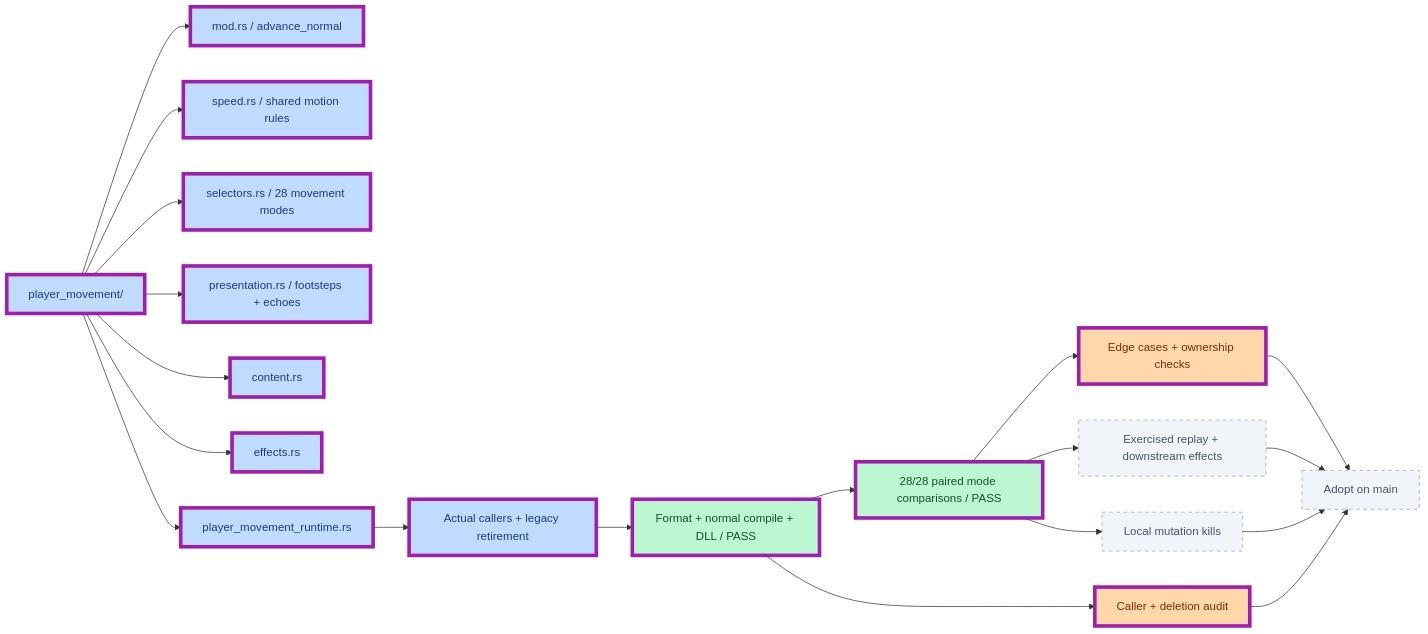
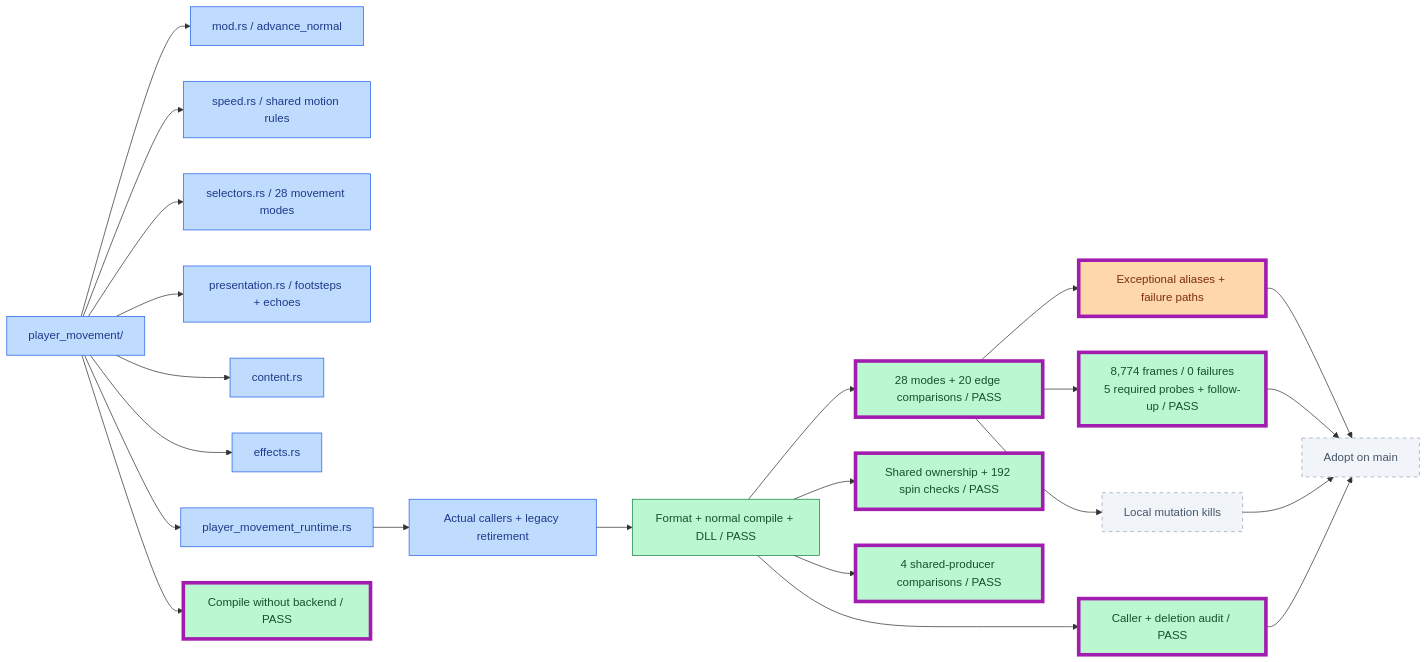
Before and after one commit to JimLundin/sm-decomp: the second of 26 diagrams in PROGRESS.md, drawn with Mermaid. The commit also changed other lines of this file and 1 other file, not shown here.

Commit message:
Color completed movement checks and show remaining adoption work
Checked private1bd54ec3 passes48 paired movement cases,4 shared producer comparisons,192 independent owned spin boundaries, collision36/37, and8774 replay frames with0 failures and five required probes plus120-frame tail. Normal, DLL and separately detached compilation pass. Draft only: mutation and finite exceptional-case checks remain before adoption.

Verify: document markup and Mermaid references PASS;52 exact capture pairs and preserved source/DLL hashes rechecked; progress counters unchanged at150919 Rust lines. Documentation only; no additional replay needed. No CI observation.

````diff
--- a/PROGRESS.md
+++ b/PROGRESS.md
@@ -26,28 +26,31 @@
 ```mermaid
 flowchart LR
     MOVE["player_movement/"]:::draft
     MOVE --> API["mod.rs / advance_normal"]:::draft
     MOVE --> SPEED["speed.rs / shared motion rules"]:::draft
     MOVE --> MODES["selectors.rs / 28 movement modes"]:::draft
     MOVE --> FX["presentation.rs / footsteps + echoes"]:::draft
     MOVE --> DATA["content.rs"]:::draft
     MOVE --> EFFECT["effects.rs"]:::draft
     MOVE --> HOST["player_movement_runtime.rs"]:::draft
     HOST --> CALL["Actual callers + legacy retirement"]:::draft
     CALL --> BUILD["Format + normal compile + DLL / PASS"]:::done
-    BUILD --> MODES28["28/28 paired mode comparisons / PASS"]:::done
-    MODES28 --> EDGE["Edge cases + ownership checks"]:::active
-    BUILD --> AUDIT["Caller + deletion audit"]:::active
-    MODES28 --> REPLAY["Exercised replay + downstream effects"]:::pending
+    BUILD --> MODES28["28 modes + 20 edge comparisons / PASS"]:::done
+    BUILD --> OWN["Shared ownership + 192 spin checks / PASS"]:::done
+    BUILD --> SHARED["4 shared-producer comparisons / PASS"]:::done
+    MOVE --> DETACHED["Compile without backend / PASS"]:::done
+    MODES28 --> EDGE["Exceptional aliases + failure paths"]:::active
+    BUILD --> AUDIT["Caller + deletion audit / PASS"]:::done
+    MODES28 --> REPLAY["8,774 frames / 0 failures<br/>5 required probes + follow-up / PASS"]:::done
     MODES28 --> MUT["Local mutation kills"]:::pending
     EDGE --> ADOPT["Adopt on main"]:::pending
     AUDIT --> ADOPT
     REPLAY --> ADOPT
     MUT --> ADOPT
-    class MOVE,API,SPEED,MODES,FX,DATA,EFFECT,HOST,CALL,BUILD,MODES28,EDGE,AUDIT changed
+    class MODES28,OWN,SHARED,DETACHED,EDGE,AUDIT,REPLAY changed
     classDef done fill:#bbf7d0,stroke:#15803d,color:#14532d
     classDef draft fill:#bfdbfe,stroke:#2563eb,color:#1e3a8a
     classDef active fill:#fed7aa,stroke:#ea580c,color:#7c2d12
     classDef pending fill:#f1f5f9,stroke:#94a3b8,color:#475569,stroke-dasharray:5 5
     classDef changed stroke:#a21caf,stroke-width:5px
 ```
````
